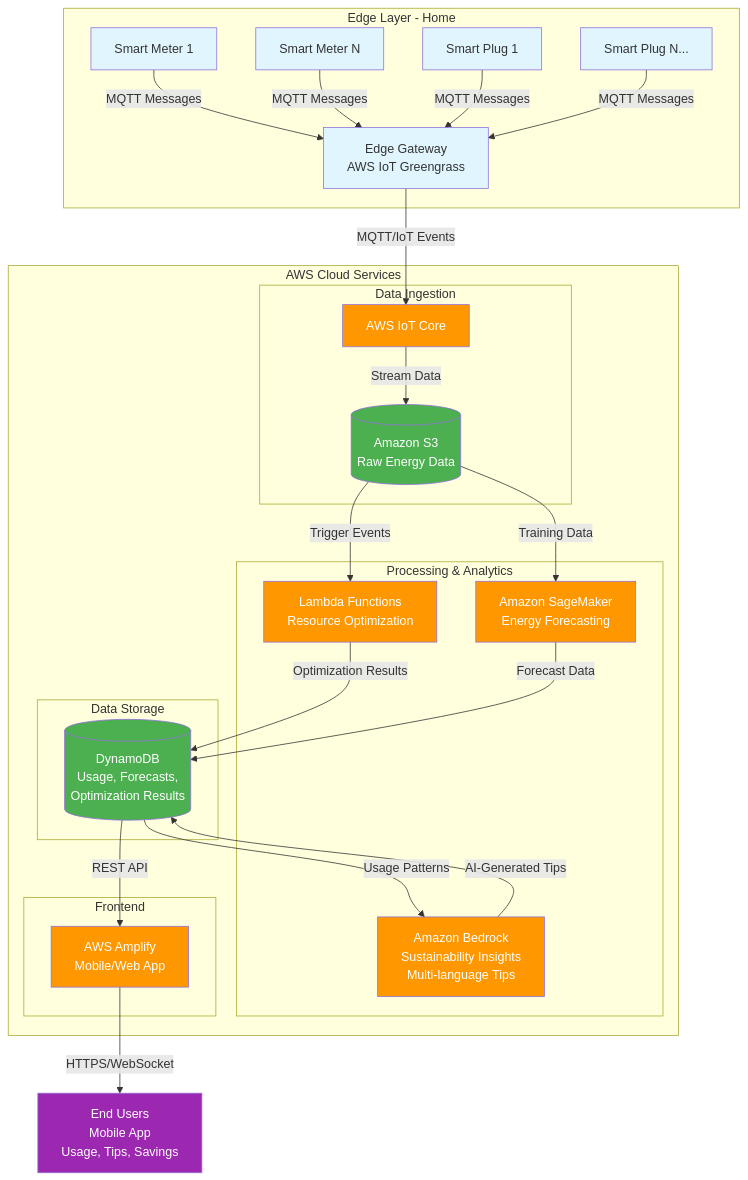
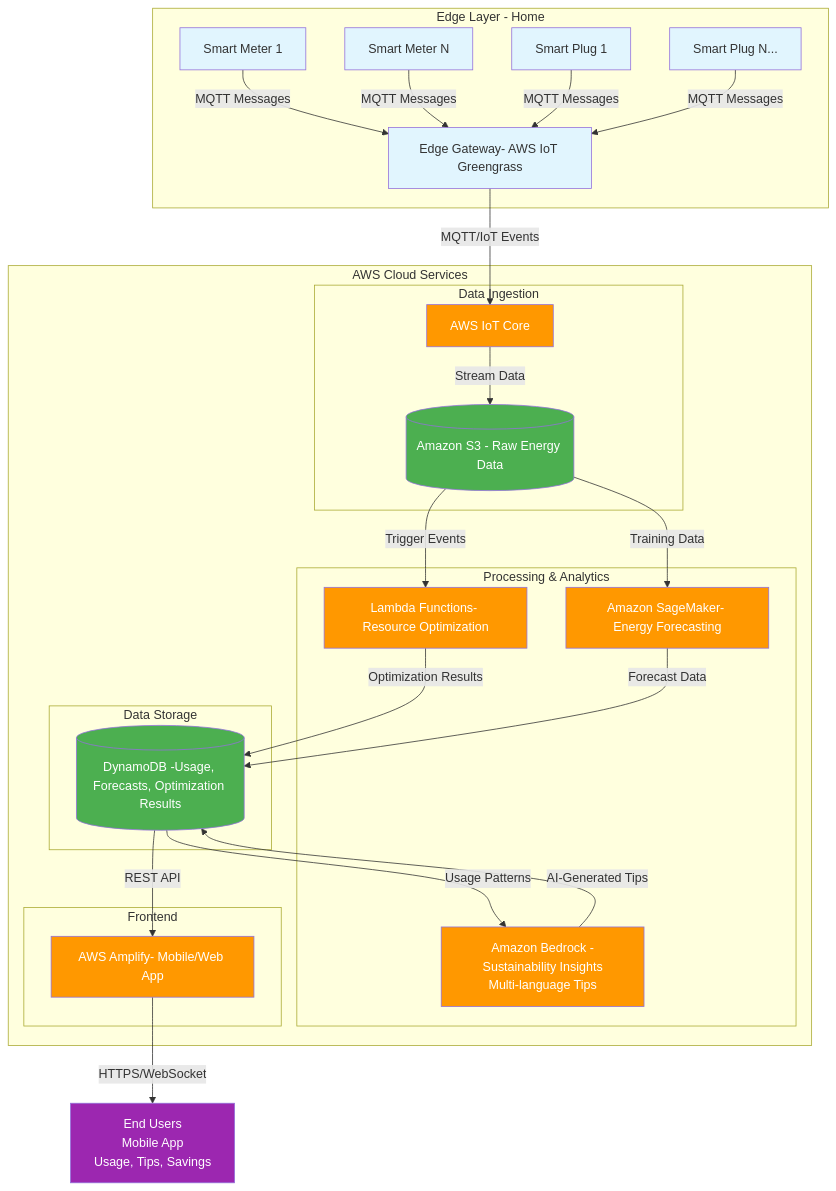
The diagram in docs/architecture.mmd (Hereforlolz/GreenGrid), drawn with Mermaid before and after one commit. The commit also changed 5 other files, not shown here.

Commit message:
Cleanup and updated architecture

```diff
--- a/docs/architecture.mmd
+++ b/docs/architecture.mmd
@@ -1,64 +1,60 @@
----
-config:
-  layout: dagre
----
 flowchart TB
  subgraph subGraph0["Edge Layer - Home"]
         SM1["Smart Meter 1"]
         SM2["Smart Meter N"]
         SP1["Smart Plug 1"]
         SP2["Smart Plug N..."]
-        EG["Edge Gateway\nAWS IoT Greengrass"]
+        EG["Edge Gateway- AWS IoT Greengrass"]
   end
  subgraph subGraph1["Data Ingestion"]
         IOT["AWS IoT Core"]
-        S3[("Amazon S3\nRaw Energy Data")]
+        S3[("Amazon S3 - Raw Energy Data")]
   end
  subgraph subGraph2["Processing & Analytics"]
-        LAMBDA1["Lambda Functions\nResource Optimization"]
-        SAGE["Amazon SageMaker\nEnergy Forecasting"]
-        BEDROCK["Amazon Bedrock\nSustainability Insights\nMulti-language Tips"]
+        LAMBDA1["Lambda Functions- Resource Optimization"]
+        SAGE["Amazon SageMaker- Energy Forecasting"]
+        BEDROCK["Amazon Bedrock -Sustainability Insights\nMulti-language Tips"]
   end
  subgraph subGraph3["Data Storage"]
-        DYNAMO[("DynamoDB\nUsage, Forecasts,\nOptimization Results")]
+        DYNAMO[("DynamoDB -Usage, Forecasts, Optimization Results")]
   end
  subgraph Frontend["Frontend"]
-        AMPLIFY["AWS Amplify\nMobile/Web App"]
+        AMPLIFY["AWS Amplify- Mobile/Web App"]
   end
  subgraph subGraph5["AWS Cloud Services"]
         subGraph1
         subGraph2
         subGraph3
         Frontend
   end
     SM1 -- MQTT Messages --> EG
     SM2 -- MQTT Messages --> EG
     SP1 -- MQTT Messages --> EG
     SP2 -- MQTT Messages --> EG
     EG -- MQTT/IoT Events --> IOT
     IOT -- Stream Data --> S3
     S3 -- Trigger Events --> LAMBDA1
     S3 -- Training Data --> SAGE
     LAMBDA1 -- Optimization Results --> DYNAMO
     SAGE -- Forecast Data --> DYNAMO
     DYNAMO -- Usage Patterns --> BEDROCK
     BEDROCK -- "AI-Generated Tips" --> DYNAMO
     DYNAMO -- REST API --> AMPLIFY
     AMPLIFY -- HTTPS/WebSocket --> USER["End Users\nMobile App\nUsage, Tips, Savings"]
      SM1:::edge
      SM2:::edge
      SP1:::edge
      SP2:::edge
      EG:::edge
      IOT:::aws
      S3:::storage
      LAMBDA1:::aws
      SAGE:::aws
      BEDROCK:::aws
      DYNAMO:::storage
      AMPLIFY:::aws
      USER:::user
     classDef edge fill:#e1f5fe
     classDef aws fill:#ff9800,color:#fff
     classDef storage fill:#4caf50,color:#fff
     classDef user fill:#9c27b0,color:#fff
```
